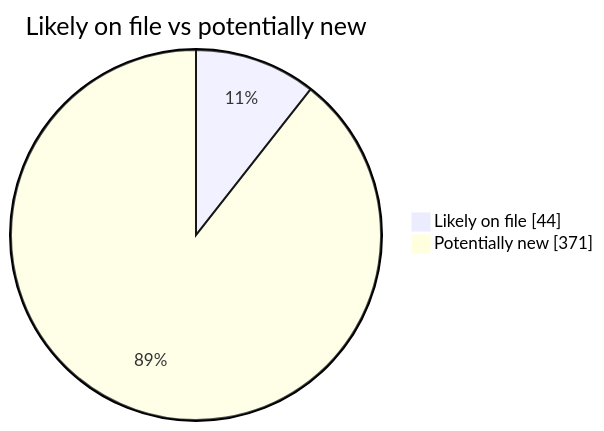
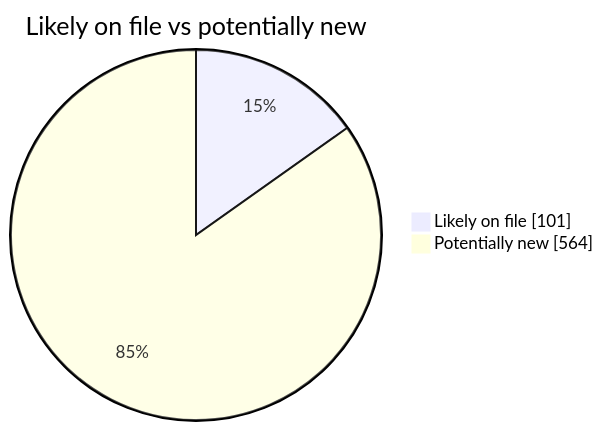
Before and after one commit to martinbalfanz/social-scanner-reports: the second of 4 diagrams in README.md, drawn with Mermaid. The commit also changed other lines of this file and 7 other files, not shown here.

````diff
--- a/README.md
+++ b/README.md
@@ -40,5 +40,5 @@
 ```mermaid
 pie showData title Likely on file vs potentially new
-    "Likely on file" : 44
-    "Potentially new" : 371
+    "Likely on file" : 101
+    "Potentially new" : 564
 ```
````
